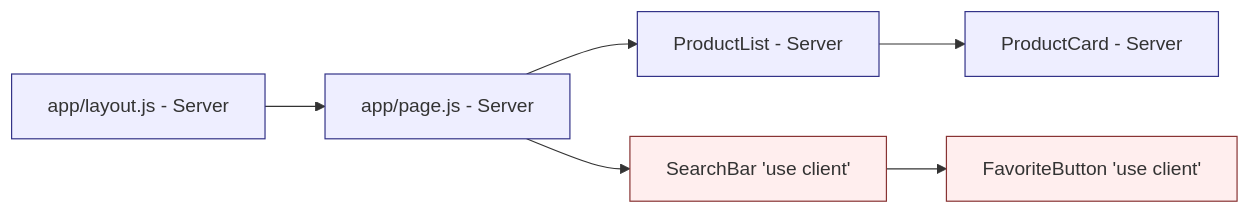
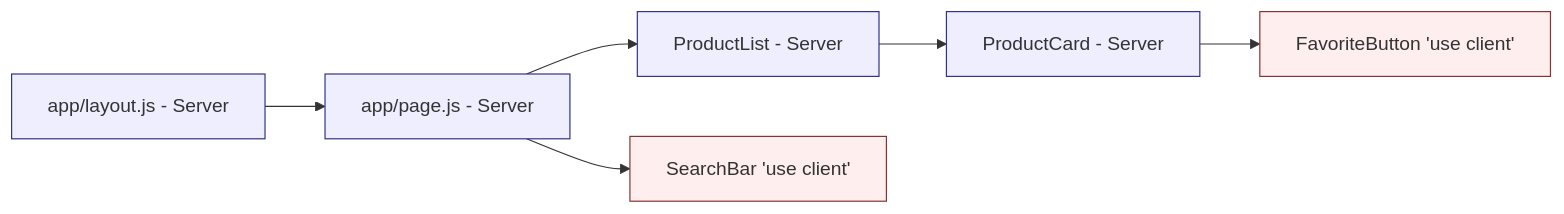
The third of 3 diagrams in frontend/nextjs/1.introducao.md (josinoif/aulas_ads), drawn with Mermaid before and after one commit. The commit also changed other lines of this file, not shown here.

Commit message:
expand introduction to Server and Client Components in Next.js, detailing their functionalities, advantages, limitations, and best practices for usage

````diff
--- a/frontend/nextjs/1.introducao.md
+++ b/frontend/nextjs/1.introducao.md
@@ -94,12 +206,12 @@
 ```mermaid
 flowchart LR
     L[app/layout.js - Server] --> P[app/page.js - Server]
     P --> D[ProductList - Server]
     P --> S["SearchBar 'use client'"]
     D --> C[ProductCard - Server]
-    S --> B["FavoriteButton 'use client'"]
+    C --> B["FavoriteButton 'use client'"]
     classDef server fill:#eef,stroke:#338;
     classDef client fill:#fee,stroke:#833;
     class L,P,D,C server;
     class S,B client;
 ```
````
